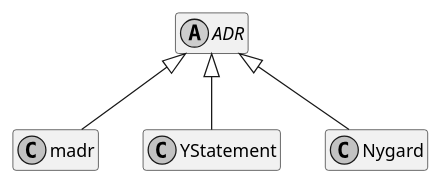
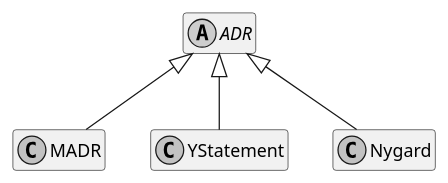
The diagram in ADR.plantuml (adr/adr.github.io), drawn with PlantUML before and after one commit. The commit also changed 2 other files, not shown here.

Commit message:
Rename madr to MADR

```diff
--- a/ADR.plantuml
+++ b/ADR.plantuml
@@ -1,20 +1,20 @@
 @startuml
 skinparam monochrome true
 hide members
 
 abstract class ADR {
 }
 
-ADR <|-- madr
-class madr {
+ADR <|-- MADR
+class MADR {
 }
 
 
 ADR <|-- YStatement
 class YStatement {
 }
 
 ADR <|-- Nygard
 class Nygard {
 }
 @enduml
```
